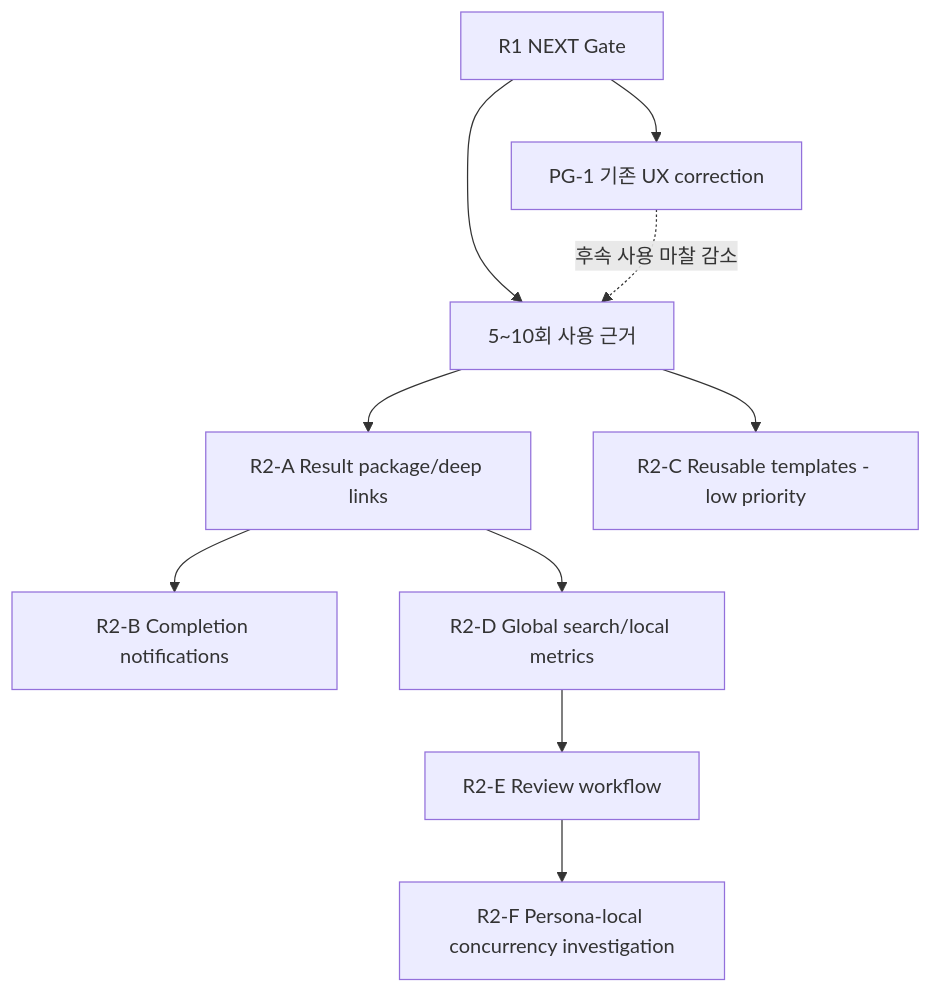
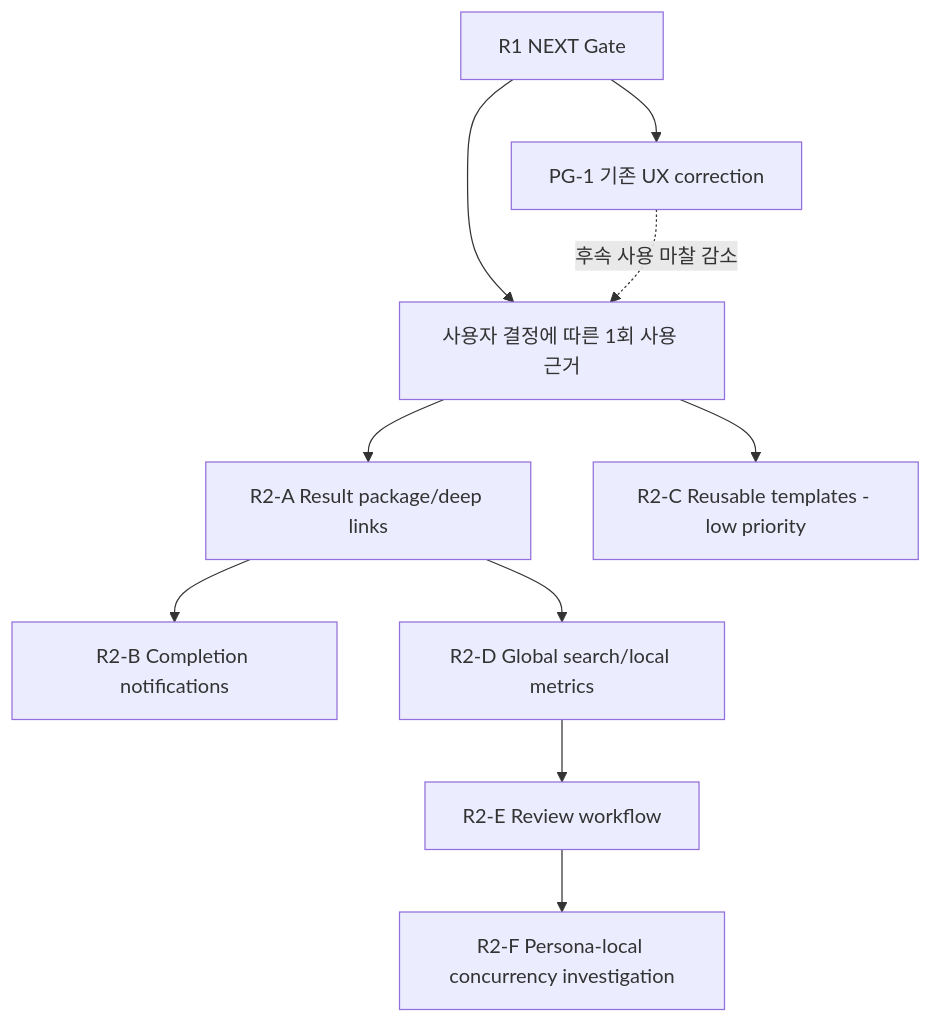
Before and after one commit to LeeLeeLeeee/personal-agent-gateway: the first of 2 diagrams in docs/todo/2026-07-15-r2-product-expansion-execution-plan.md, drawn with Mermaid. The commit also changed other lines of this file and 10 other files, not shown here.

````diff
--- a/docs/todo/2026-07-15-r2-product-expansion-execution-plan.md
+++ b/docs/todo/2026-07-15-r2-product-expansion-execution-plan.md
@@ -349,12 +349,12 @@
 ```mermaid
 flowchart TD
     G0[R1 NEXT Gate] --> P[PG-1 기존 UX correction]
-    G0 --> G1[5~10회 사용 근거]
+    G0 --> G1[사용자 결정에 따른 1회 사용 근거]
     P -. 후속 사용 마찰 감소 .-> G1
     G1 --> A[R2-A Result package/deep links]
     A --> B[R2-B Completion notifications]
     A --> D[R2-D Global search/local metrics]
     D --> E[R2-E Review workflow]
     E --> F[R2-F Persona-local concurrency investigation]
     G1 --> C[R2-C Reusable templates - low priority]
 ```
````
